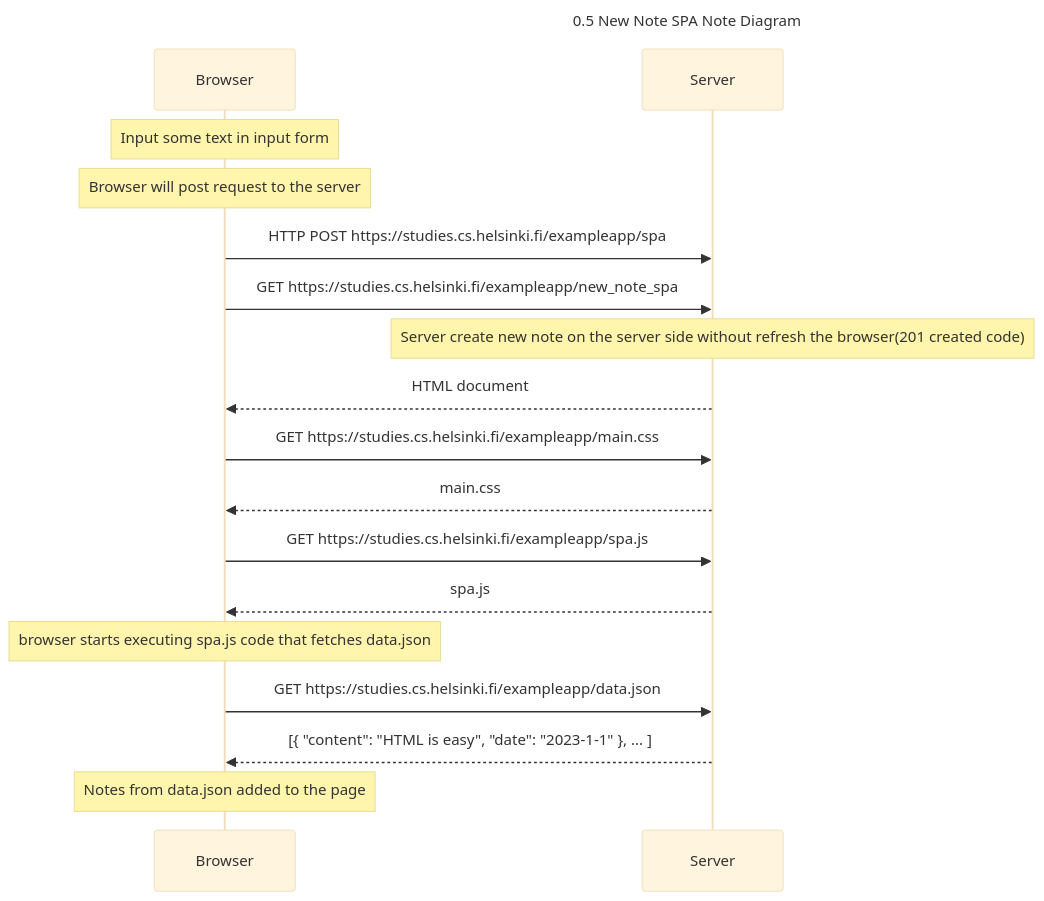
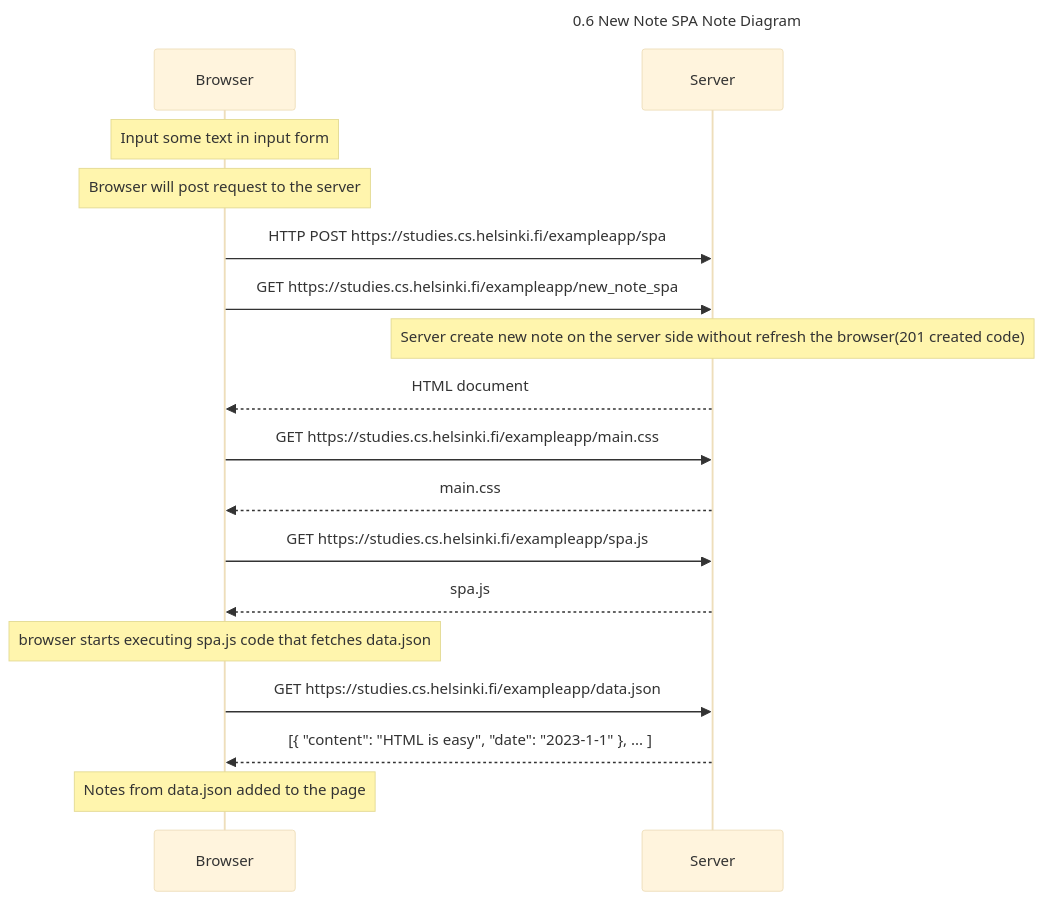
One commit to Ahkar02468/full-stack-open changed the diagram in part-0/ Fundamentals of Web apps/New_note_SPA_diagram.mmd. Above: the diagram before and after it, drawn with Mermaid (base theme).

Commit message:
change title number

```diff
--- a/part-0/ Fundamentals of Web apps/New_note_SPA_diagram.mmd
+++ b/part-0/ Fundamentals of Web apps/New_note_SPA_diagram.mmd
@@ -1,33 +1,33 @@
 sequenceDiagram
 
-    title 0.5 New Note SPA Note Diagram
+    title 0.6 New Note SPA Note Diagram
     participant Browser
     participant Server
 
     Note over Browser : Input some text in input form
     Note over Browser : Browser will post request to the server
 
 
     Browser ->> Server : HTTP POST https://studies.cs.helsinki.fi/exampleapp/spa
 
     Browser ->> Server : GET https://studies.cs.helsinki.fi/exampleapp/new_note_spa
 
     Note over Server : Server create new note on the server side without refresh the browser(201 created code)
 
 
     Server -->> Browser : HTML document
 
     Browser ->> Server : GET https://studies.cs.helsinki.fi/exampleapp/main.css
 
     Server -->> Browser : main.css
 
     Browser ->> Server : GET https://studies.cs.helsinki.fi/exampleapp/spa.js
 
     Server -->> Browser : spa.js
     Note over Browser : browser starts executing spa.js code that fetches data.json
 
     Browser ->> Server : GET https://studies.cs.helsinki.fi/exampleapp/data.json
 
     Server -->> Browser: [{ "content": "HTML is easy", "date": "2023-1-1" }, ... ]
 
     Note over Browser : Notes from data.json added to the page
```
